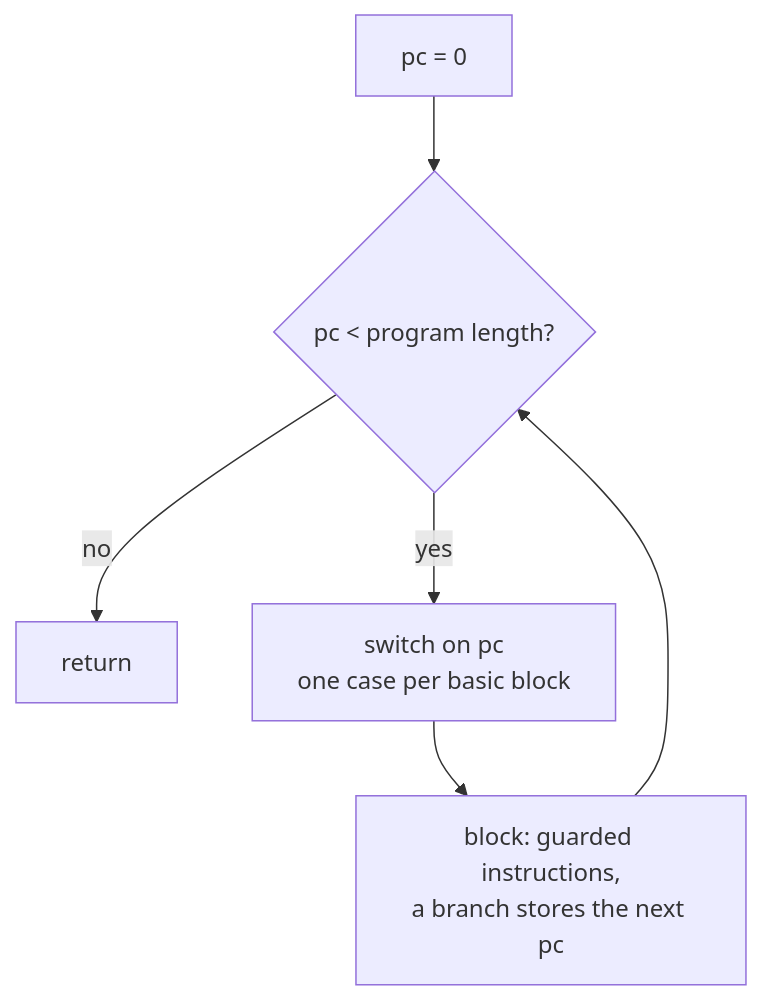
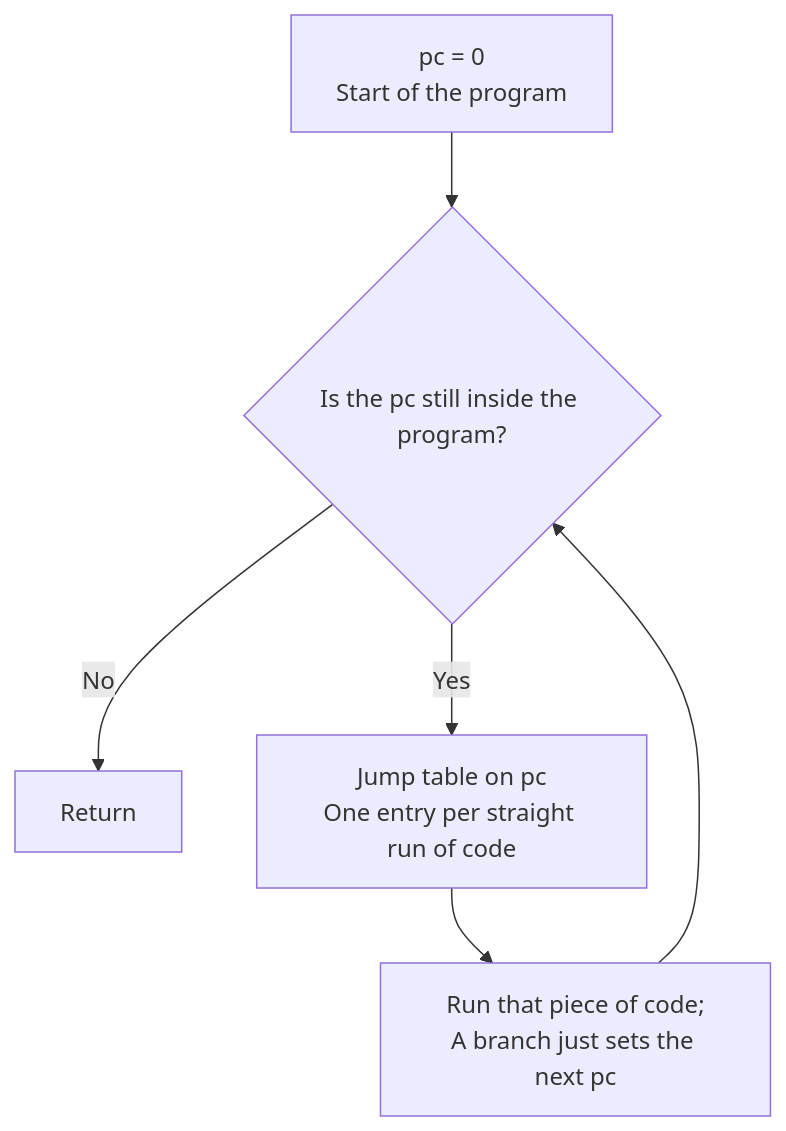
One commit to 0xNikilite/oboromi changed the diagram in docs/architecture/sass-translator.md. Above: the diagram before and after it, drawn with Mermaid. The commit also changed other lines of this file and 22 other files, not shown here.

````diff
--- a/docs/architecture/sass-translator.md
+++ b/docs/architecture/sass-translator.md
@@ -26,8 +37,8 @@
 ```mermaid
 flowchart TB
-    start["pc = 0"] --> loop{"pc < program length?"}
-    loop -->|"no"| done["return"]
-    loop -->|"yes"| sw["switch on pc<br/>one case per basic block"]
-    sw --> blk["block: guarded instructions,<br/>a branch stores the next pc"]
+    start["pc = 0<br/>Start of the program"] --> loop{"Is the pc still inside the program?"}
+    loop -->|"No"| done["Return"]
+    loop -->|"Yes"| sw["Jump table on pc<br/>One entry per straight run of code"]
+    sw --> blk["Run that piece of code;<br/>A branch just sets the next pc"]
     blk --> loop
 ```
````
